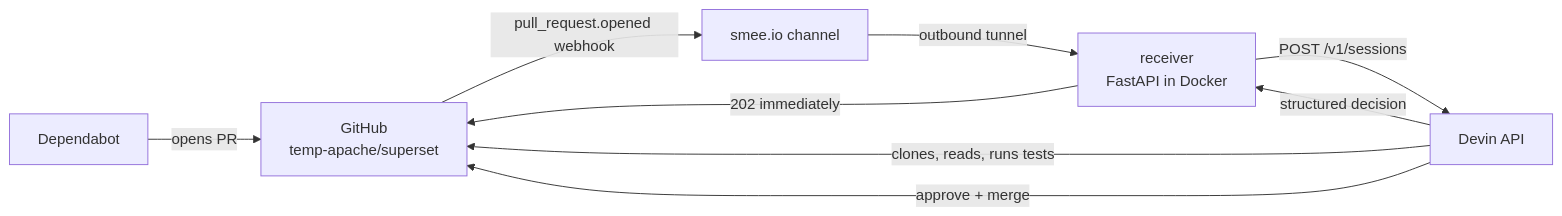
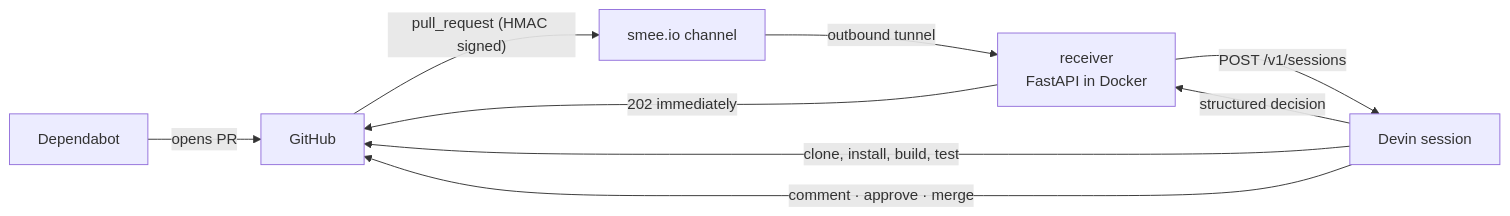
Before and after one commit to temp-apache/devin-dependabot-triage: the first of 2 diagrams in README.md, drawn with Mermaid. The commit also changed other lines of this file and 4 other files, not shown here.

````diff
--- a/README.md
+++ b/README.md
@@ -28,11 +31,11 @@
 ```mermaid
 flowchart LR
-  DB[Dependabot] -->|opens PR| GH[GitHub<br/>temp-apache/superset]
-  GH -->|pull_request.opened webhook| SM[smee.io channel]
-  SM -->|outbound tunnel| RX[receiver<br/>FastAPI in Docker]
+  DB[Dependabot] -->|opens PR| GH[GitHub]
+  GH -->|"pull_request (HMAC signed)"| SM[smee.io channel]
+  SM -->|outbound tunnel| RX["receiver<br/>FastAPI in Docker"]
   RX -->|202 immediately| GH
-  RX -->|POST /v1/sessions| DV[Devin API]
-  DV -->|clones, reads, runs tests| GH
-  DV -->|approve + merge| GH
+  RX -->|POST /v1/sessions| DV[Devin session]
+  DV -->|clone, install, build, test| GH
+  DV -->|comment · approve · merge| GH
   DV -->|structured decision| RX
 ```
````
